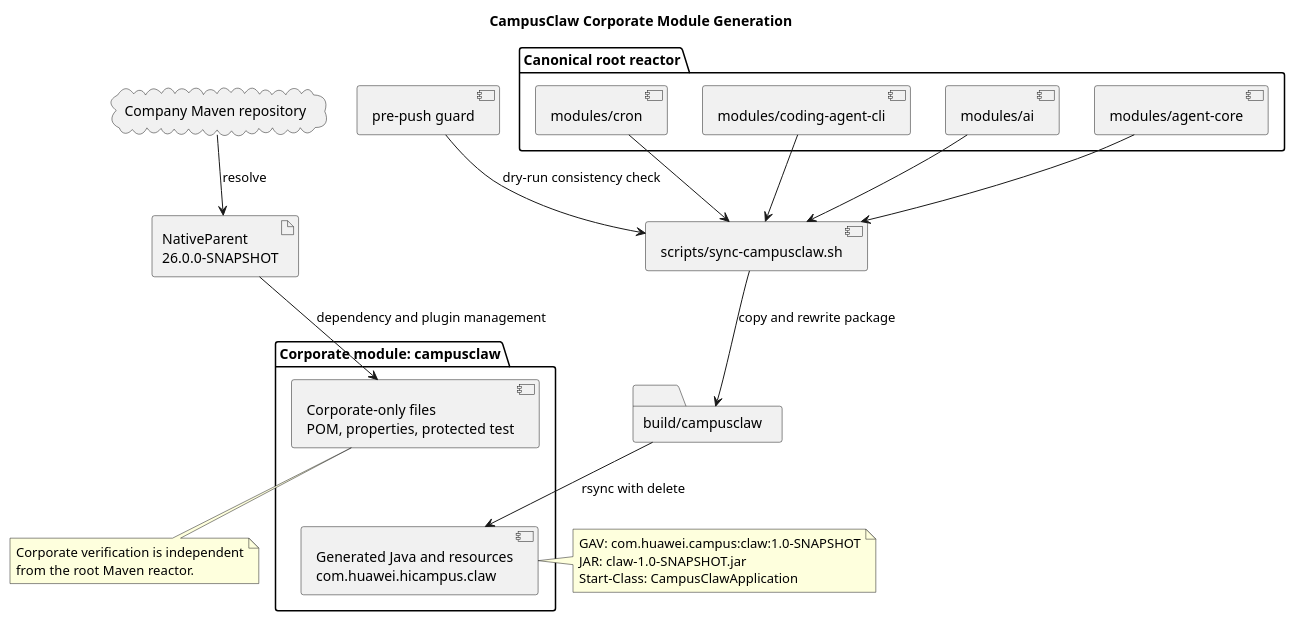
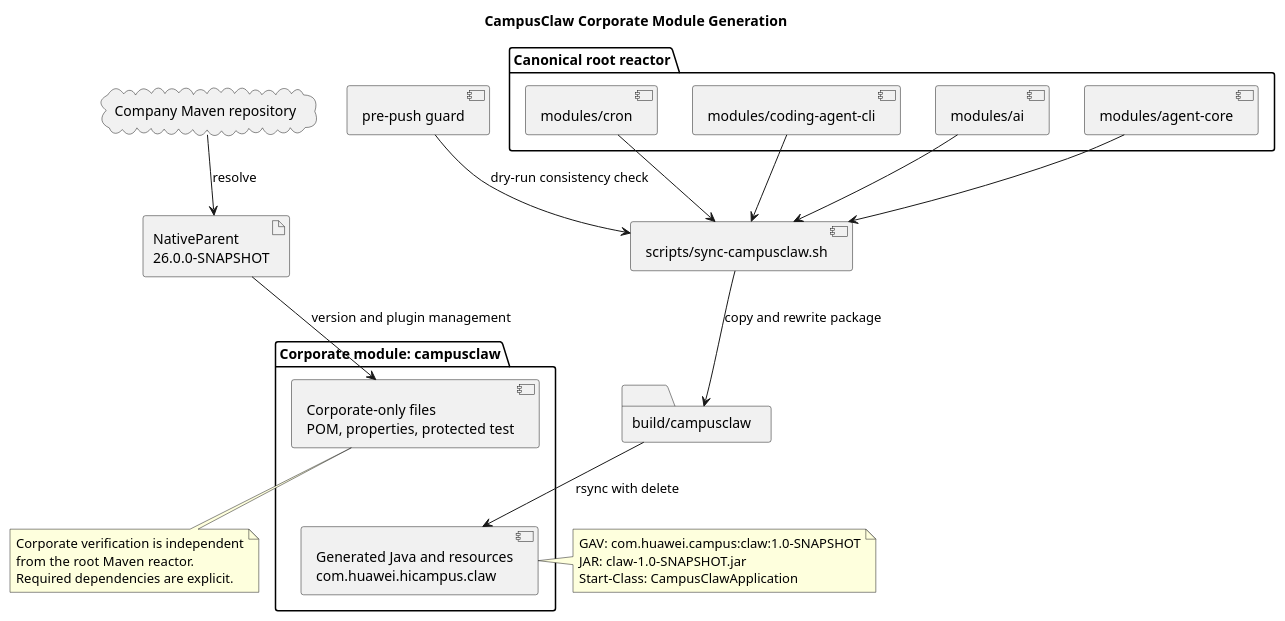
Before and after one commit to 2862282695gjh-afk/pi-mono-java: the diagram in docs/designs/campusclaw-corporate-module/diagram.puml, drawn with PlantUML. The commit also changed 8 other files, not shown here.

```diff
--- a/docs/designs/campusclaw-corporate-module/diagram.puml
+++ b/docs/designs/campusclaw-corporate-module/diagram.puml
@@ -1,51 +1,53 @@
 @startuml campusclaw_corporate_module
 ' Source evidence: 98d3999ec6d57e099d7bf02aaa4fcf9607fc61aa.
 ' Current repository paths: modules/*, scripts/sync-campusclaw.sh,
 ' campusclaw/pom.xml, and scripts/git-hooks/pre-push.
+' Source evidence: campusclaw/pom.xml lost root POM logging dependencies at 294e6d90.
 ' Observed behavior: four canonical modules feed one generated corporate mirror.
 ' Architecture change: the mirror has an independent parent, GAV, package, and build gate.
 ' Design reason: keep one implementation source while isolating corporate integration metadata.
 
 title CampusClaw Corporate Module Generation
 
 package "Canonical root reactor" {
   component "modules/ai" as ai
   component "modules/agent-core" as core
   component "modules/cron" as cron
   component "modules/coding-agent-cli" as runtime
 }
 
 component "scripts/sync-campusclaw.sh" as sync
 folder "build/campusclaw" as stage
 
 package "Corporate module: campusclaw" {
   component "Generated Java and resources\ncom.huawei.hicampus.claw" as mirror
   component "Corporate-only files\nPOM, properties, protected test" as local
 }
 
 cloud "Company Maven repository" as repository
 artifact "NativeParent\n26.0.0-SNAPSHOT" as parent
 component "pre-push guard" as hook
 
 ai --> sync
 core --> sync
 cron --> sync
 runtime --> sync
 sync --> stage : copy and rewrite package
 stage --> mirror : rsync with delete
 local -[hidden]-> mirror
 repository --> parent : resolve
-parent --> local : dependency and plugin management
+parent --> local : version and plugin management
 hook --> sync : dry-run consistency check
 
 note right of mirror
   GAV: com.huawei.campus:claw:1.0-SNAPSHOT
   JAR: claw-1.0-SNAPSHOT.jar
   Start-Class: CampusClawApplication
 end note
 
 note bottom of local
   Corporate verification is independent
   from the root Maven reactor.
+  Required dependencies are explicit.
 end note
 @enduml
```
